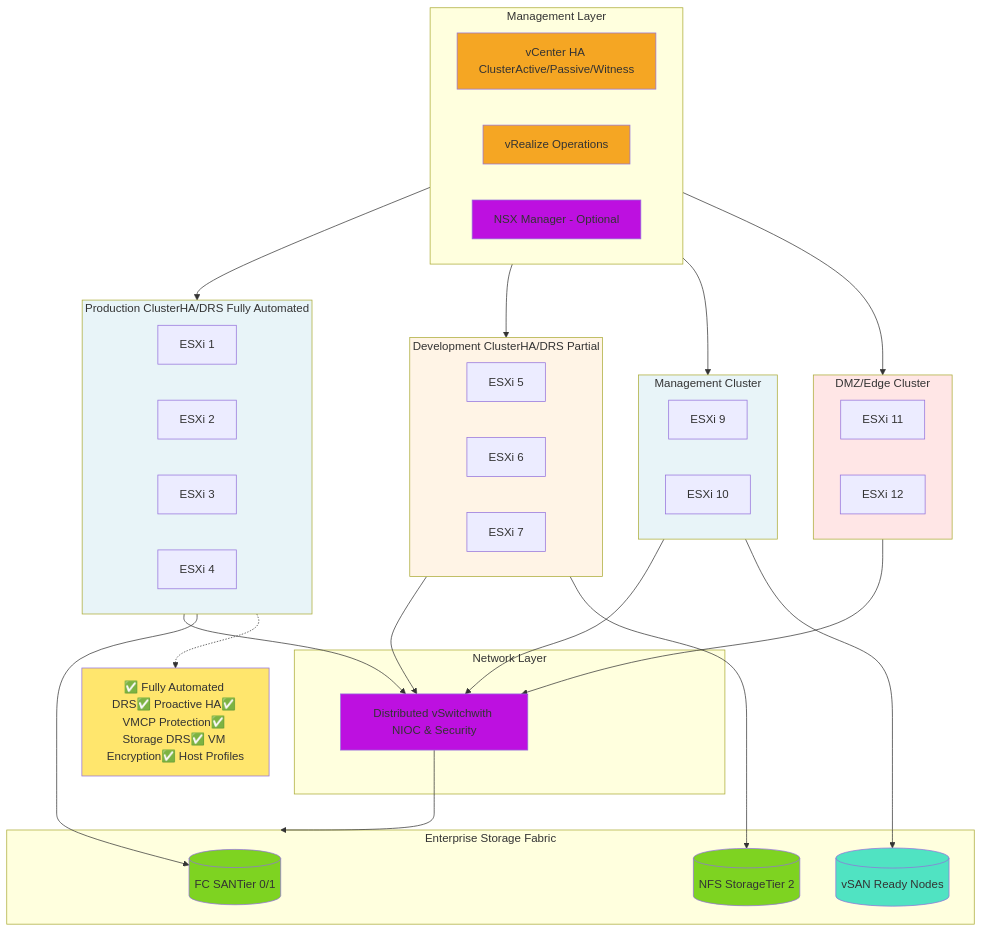
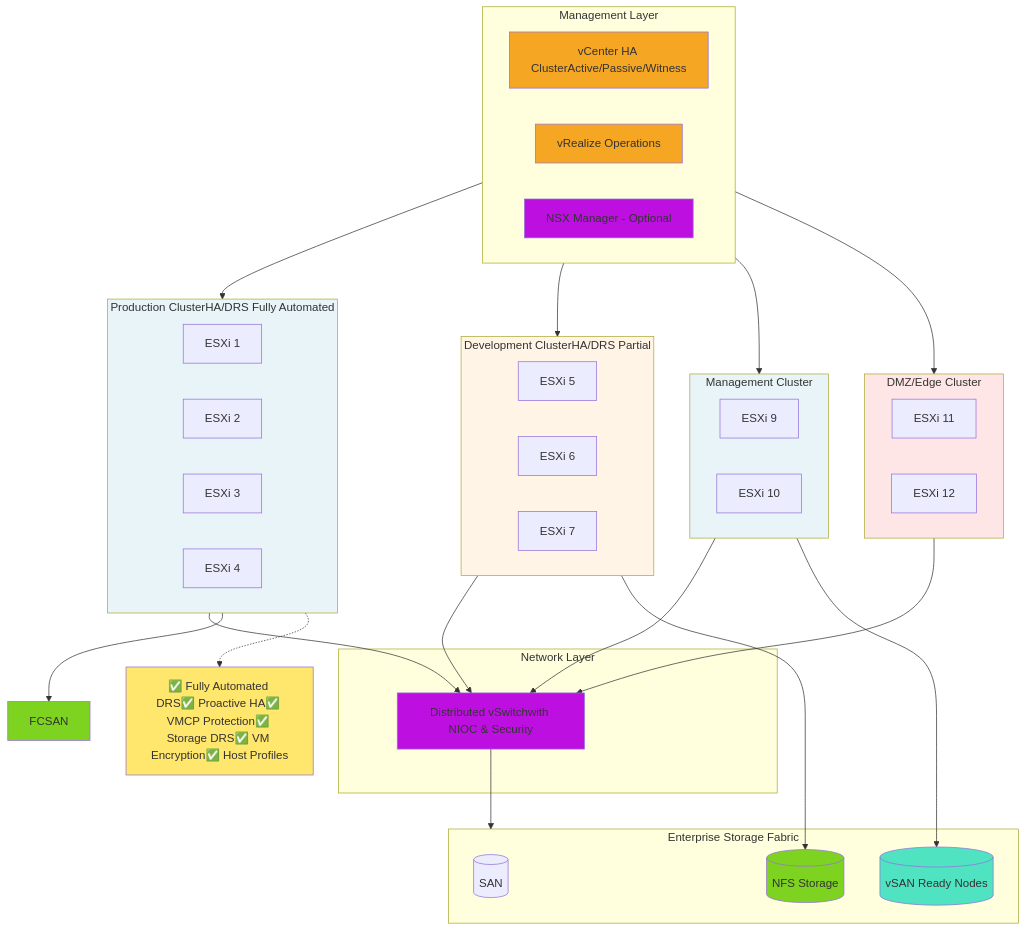
One commit to JersonRomero995/VMware-OPS-RunBooks changed the fourth of 5 diagrams in Docs/00-Desig-Overview/vmware-topologies.md. Above: the diagram before and after it, drawn with Mermaid. The commit also changed other lines of this file, not shown here.

````diff
--- a/Docs/00-Desig-Overview/vmware-topologies.md
+++ b/Docs/00-Desig-Overview/vmware-topologies.md
@@ -213,80 +213,80 @@
 ```mermaid
 flowchart TB
     subgraph Management["Management Layer"]
         direction LR
         vCenterHA[vCenter HA ClusterActive/Passive/Witness]
         vROps[vRealize Operations]
         NSX[NSX Manager - Optional]
     end
     
     
     subgraph ProdCluster["Production ClusterHA/DRS Fully Automated"]
         direction LR
         ESXi1[ESXi 1]
         ESXi2[ESXi 2]
         ESXi3[ESXi 3]
         ESXi4[ESXi 4]
     end
     
     subgraph DevCluster["Development ClusterHA/DRS Partial"]
         direction LR
         ESXi5[ESXi 5]
         ESXi6[ESXi 6]
         ESXi7[ESXi 7]
     end
     
     subgraph MgmtCluster["Management Cluster"]
         direction LR
         ESXi9[ESXi 9]
         ESXi10[ESXi 10]
     end
     
     subgraph DMZCluster["DMZ/Edge Cluster"]
         direction LR
         ESXi11[ESXi 11]
         ESXi12[ESXi 12]
     end
     
     subgraph Network["Network Layer"]
         DVS[Distributed vSwitchwith NIOC & Security]
     end
     
     subgraph Storage["Enterprise Storage Fabric"]
-        FCSAN[(FC SANTier 0/1)]
-        NFS[(NFS StorageTier 2)]
+        SAN[(SAN)]
+        NFS[(NFS Storage)]
         vSAN[(vSAN Ready Nodes)]
     end
     
     Management --> ProdCluster
     Management --> DevCluster
     Management --> MgmtCluster
     Management --> DMZCluster
     
     ProdCluster --> DVS
     DevCluster --> DVS
     MgmtCluster --> DVS
     DMZCluster --> DVS
     
     DVS --> Storage
     
     ProdCluster --> FCSAN
     DevCluster --> NFS
     MgmtCluster --> vSAN
     
     Features["✅ Fully Automated DRS✅ Proactive HA✅ VMCP Protection✅ Storage DRS✅ VM Encryption✅ Host Profiles"]
     
     ProdCluster -.-> Features
     
     style vCenterHA fill:#F5A623
     style vROps fill:#F5A623
     style NSX fill:#BD10E0
     style ProdCluster fill:#E8F4F8
     style DevCluster fill:#FFF4E6
     style MgmtCluster fill:#E8F4F8
     style DMZCluster fill:#FFE6E6
     style DVS fill:#BD10E0
     style FCSAN fill:#7ED321
     style NFS fill:#7ED321
     style vSAN fill:#50E3C2
     style Features fill:#FFE66D
 ```
````
